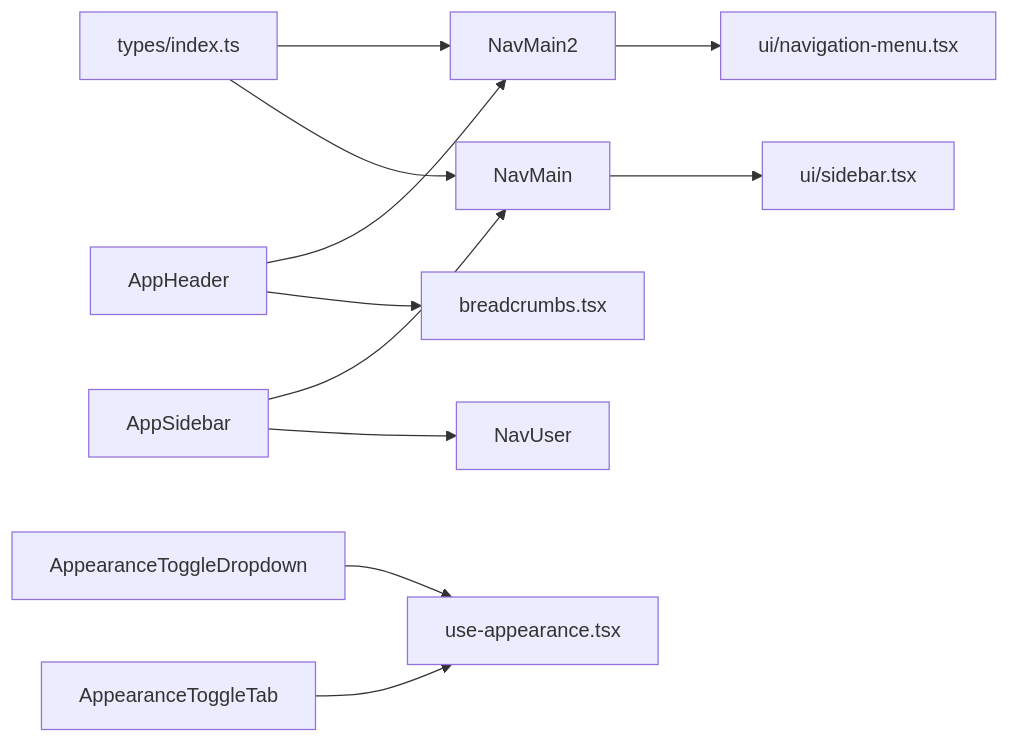
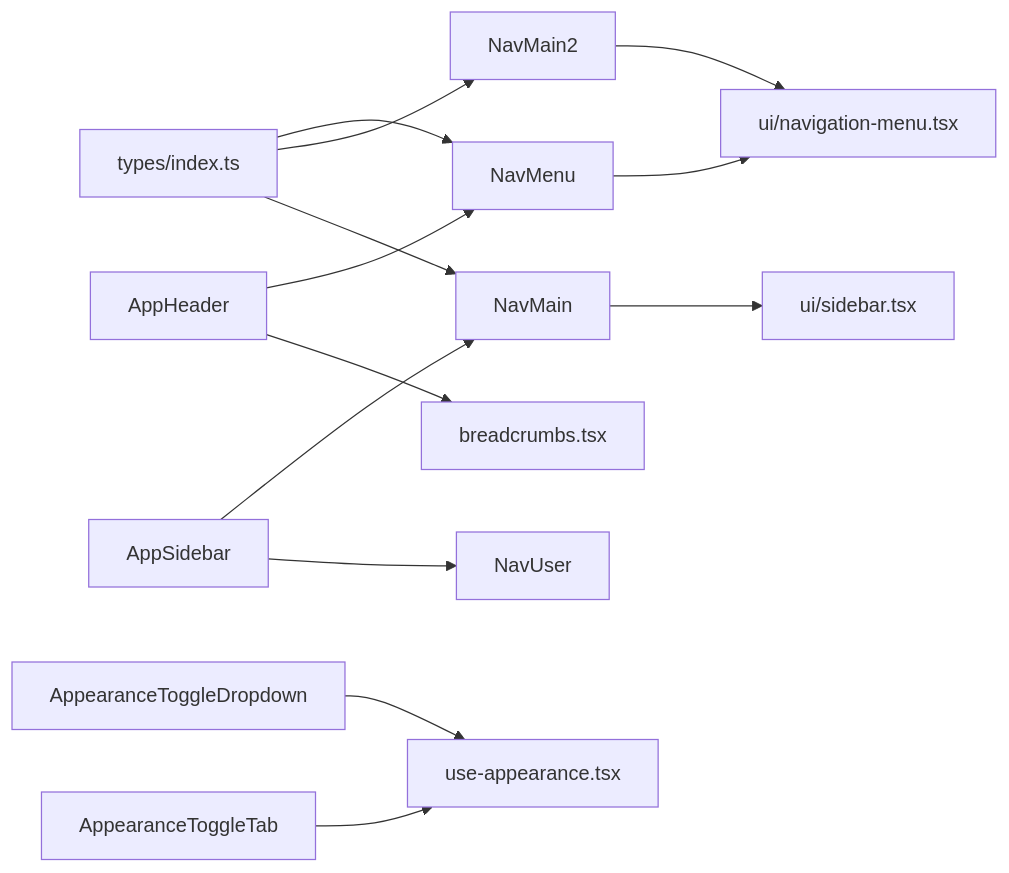
Diagram 12 of 12 in .qoder/repowiki/en/content/Frontend Components & UI/Navigation Components.md (vincet0t15/template), drawn with Mermaid before and after one commit. The commit also changed other lines of this file and 5 other files, not shown here.

````diff
--- a/.qoder/repowiki/en/content/Frontend Components & UI/Navigation Components.md
+++ b/.qoder/repowiki/en/content/Frontend Components & UI/Navigation Components.md
@@ -377,13 +439,15 @@
 ```mermaid
 graph LR
-T["types/index.ts"] --> NM2["NavMain2"]
+T["types/index.ts"] --> NM["NavMenu"]
+T --> NM2["NavMain2"]
 T --> NM3["NavMain"]
-NM2 --> UI_NM["ui/navigation-menu.tsx"]
+NM --> UI_NM["ui/navigation-menu.tsx"]
+NM2 --> UI_NM
 NM3 --> UI_SB["ui/sidebar.tsx"]
-AH["AppHeader"] --> NM2
+AH["AppHeader"] --> NM
 AS["AppSidebar"] --> NM3
 AS --> NU["NavUser"]
 AH --> BC["breadcrumbs.tsx"]
 AD["AppearanceToggleDropdown"] --> UA["use-appearance.tsx"]
 AT["AppearanceToggleTab"] --> UA
 ```
````
